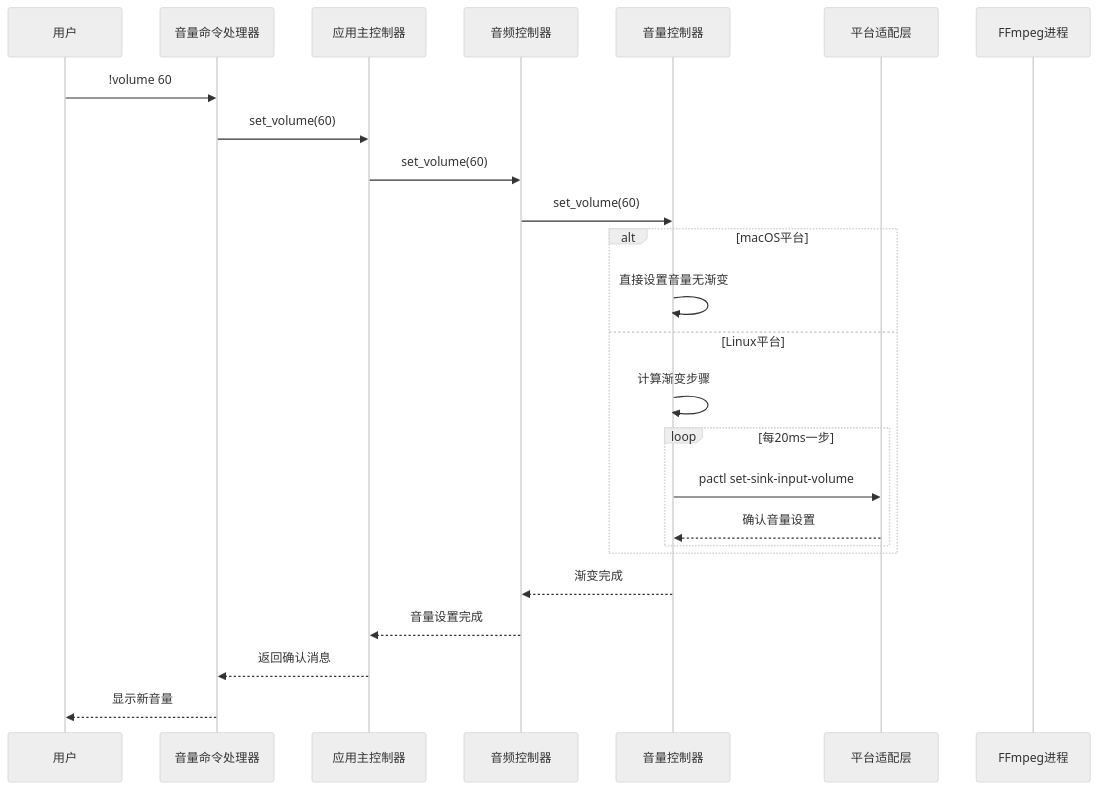
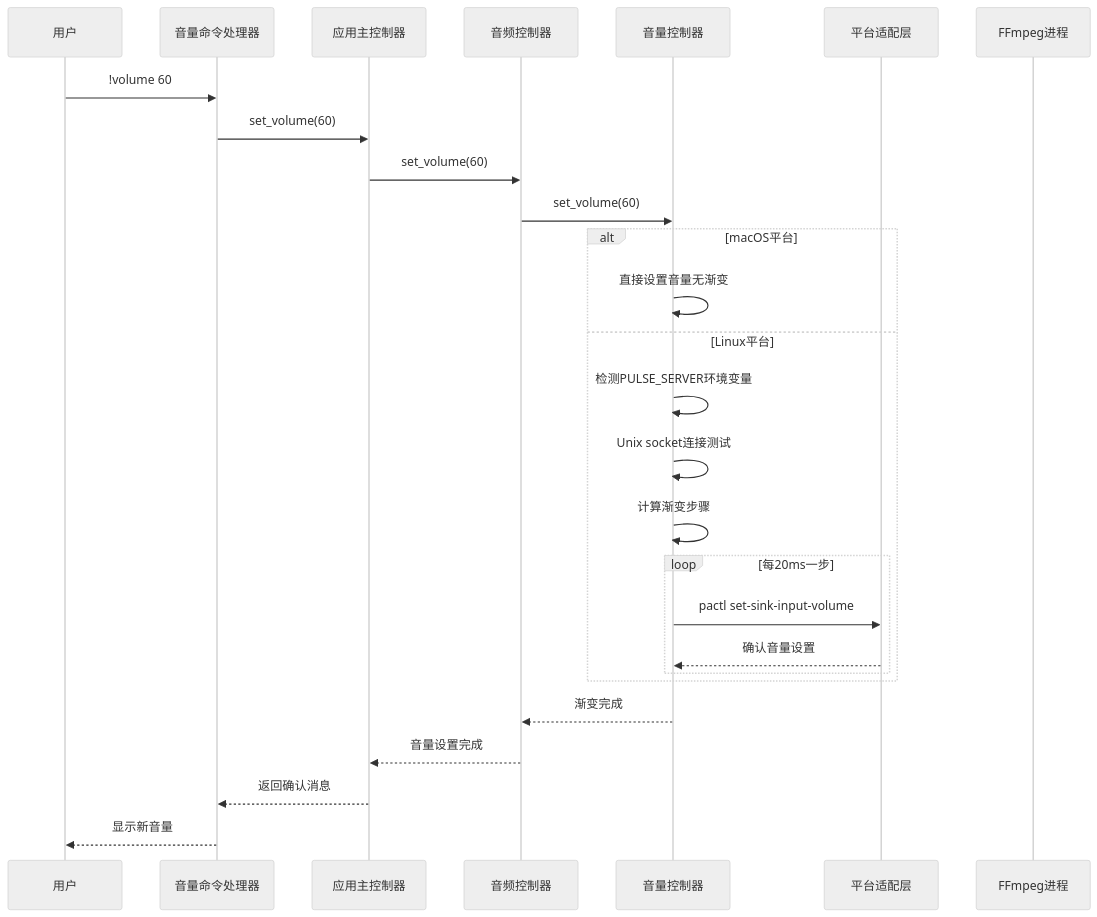
One commit to GhoulOwl/Teamspeak3_Bot changed the second of 8 diagrams in .qoder/repowiki/zh/content/音乐播放系统/音量控制系统.md. Above: the diagram before and after it, drawn with Mermaid (neutral theme). The commit also changed other lines of this file and 6 other files, not shown here.

````diff
--- a/.qoder/repowiki/zh/content/音乐播放系统/音量控制系统.md
+++ b/.qoder/repowiki/zh/content/音乐播放系统/音量控制系统.md
@@ -125,27 +133,29 @@
 ```mermaid
 sequenceDiagram
 participant User as 用户
 participant Handler as 音量命令处理器
 participant App as 应用主控制器
 participant Audio as 音频控制器
 participant Volume as 音量控制器
 participant Platform as 平台适配层
 participant FFmpeg as FFmpeg进程
 User->>Handler : !volume 60
 Handler->>App : set_volume(60)
 App->>Audio : set_volume(60)
 Audio->>Volume : set_volume(60)
 alt macOS平台
 Volume->>Volume : 直接设置音量无渐变
 else Linux平台
+Volume->>Volume : 检测PULSE_SERVER环境变量
+Volume->>Volume : Unix socket连接测试
 Volume->>Volume : 计算渐变步骤
 loop 每20ms一步
 Volume->>Platform : pactl set-sink-input-volume
 Platform-->>Volume : 确认音量设置
 end
 end
 Volume-->>Audio : 渐变完成
 Audio-->>App : 音量设置完成
 App-->>Handler : 返回确认消息
 Handler-->>User : 显示新音量
 ```
````
